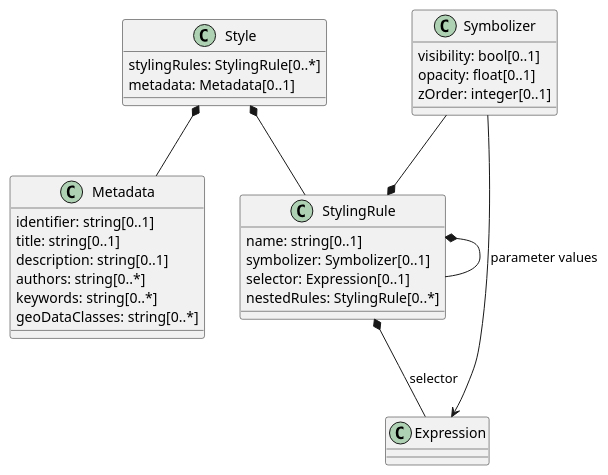
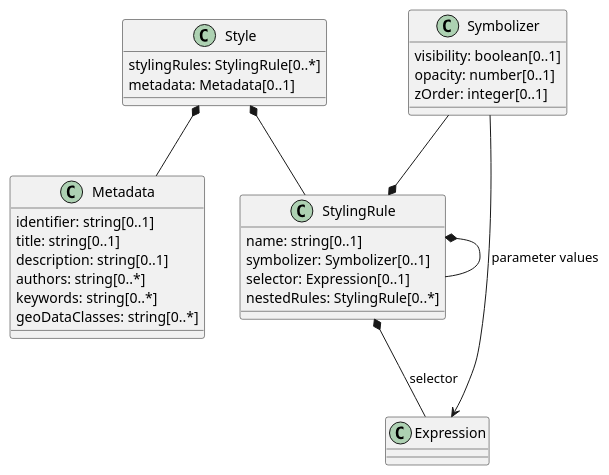
One commit to opengeospatial/cartographic-symbology changed the first of 6 diagrams in 1-core/sections/clause_7_core.adoc. Above: the diagram before and after it, drawn with PlantUML. The commit also changed other lines of this file and 16 other files, not shown here.

First line of the commit message:
Use string, number, integer and boolean as data types in Part 1

```diff
--- a/1-core/sections/clause_7_core.adoc
+++ b/1-core/sections/clause_7_core.adoc
@@ -18,33 +18,33 @@
 [plantuml, target=diagram-classes, format=png]
 ....
 @startuml
 Style : stylingRules: StylingRule[0..*]
 Style *-- StylingRule
 Style : metadata: Metadata[0..1]
 Style *-- Metadata
 
 Metadata : identifier: string[0..1]
 Metadata : title: string[0..1]
 Metadata : description: string[0..1]
 Metadata : authors: string[0..*]
 Metadata : keywords: string[0..*]
 Metadata : geoDataClasses: string[0..*]
 
 StylingRule : name: string[0..1]
 StylingRule : symbolizer: Symbolizer[0..1]
 StylingRule : selector: Expression[0..1]
 StylingRule : nestedRules: StylingRule[0..*]
 StylingRule *-- StylingRule
 StylingRule *-- Expression : selector
 
-Symbolizer : visibility: bool[0..1]
-Symbolizer : opacity: float[0..1]
+Symbolizer : visibility: boolean[0..1]
+Symbolizer : opacity: number[0..1]
 Symbolizer : zOrder: integer[0..1]
 Symbolizer --* StylingRule
 Symbolizer --> Expression : parameter values
 
 /'Note: zOrder needs discussion on whether it should be relative or float
 and how to relate to encodings where the visual priority order
 comes from the order of the rules.'/
 @enduml
 ....
```
